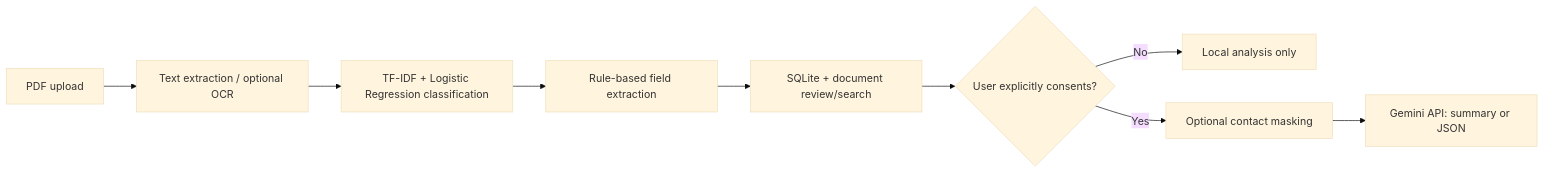
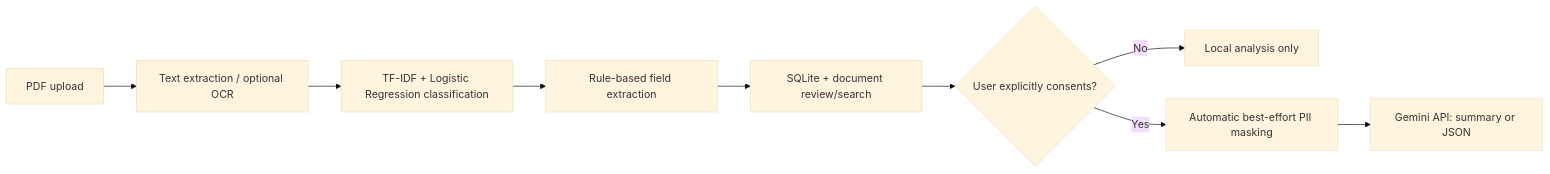
The diagram in README.md (shashwatt22/ExtractIQ), drawn with Mermaid (base theme) before and after one commit. The commit also changed other lines of this file, not shown here.

Commit message:
Document tested containers, cloud requirements, sealed fixture split and automatic masking

````diff
--- a/README.md
+++ b/README.md
@@ -89,11 +89,11 @@
 ```mermaid
 flowchart LR
     A[PDF upload] --> B[Text extraction / optional OCR]
     B --> C[TF-IDF + Logistic Regression classification]
     C --> D[Rule-based field extraction]
     D --> E[SQLite + document review/search]
     E --> F{User explicitly consents?}
     F -->|No| G[Local analysis only]
-    F -->|Yes| H[Optional contact masking]
+    F -->|Yes| H[Automatic best-effort PII masking]
     H --> I[Gemini API: summary or JSON]
 ```
````
